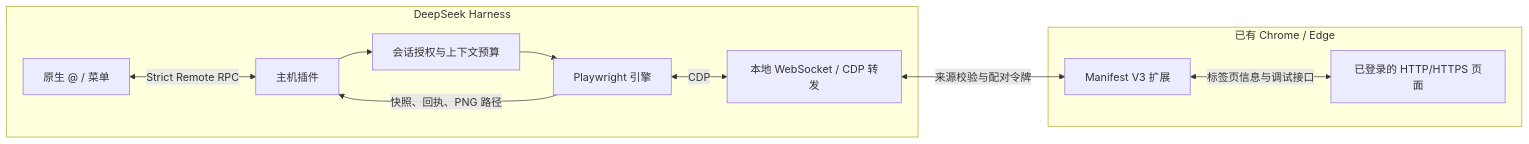
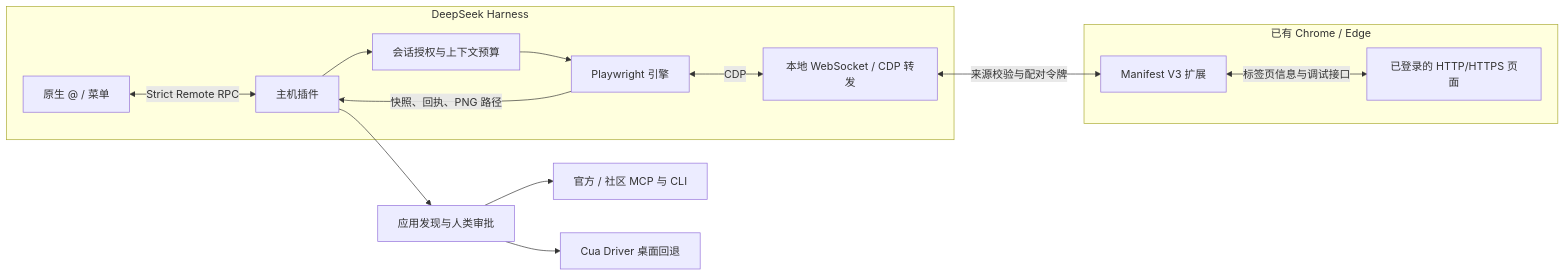
Before and after one commit to DeveloperYe/dsh-doyourweb: the diagram in README.zh-CN.md, drawn with Mermaid. The commit also changed other lines of this file and 38 other files, not shown here.

````diff
--- a/README.zh-CN.md
+++ b/README.zh-CN.md
@@ -73,20 +82,23 @@
 ```mermaid
 flowchart LR
     subgraph DSH["DeepSeek Harness"]
         UI["原生 @ / 菜单"]
         Host["主机插件"]
         Grants["会话授权与上下文预算"]
         Engine["Playwright 引擎"]
         Bridge["本地 WebSocket / CDP 转发"]
     end
     subgraph Browser["已有 Chrome / Edge"]
         Extension["Manifest V3 扩展"]
         Tabs["已登录的 HTTP/HTTPS 页面"]
     end
     UI <-->|"Strict Remote RPC"| Host
     Host --> Grants --> Engine
     Engine <-->|"CDP"| Bridge
     Bridge <-->|"来源校验与配对令牌"| Extension
     Extension <-->|"标签页信息与调试接口"| Tabs
     Engine -->|"快照、回执、PNG 路径"| Host
+    Host --> Apps["应用发现与人类审批"]
+    Apps --> Structured["官方 / 社区 MCP 与 CLI"]
+    Apps --> Desktop["Cua Driver 桌面回退"]
 ```
````
